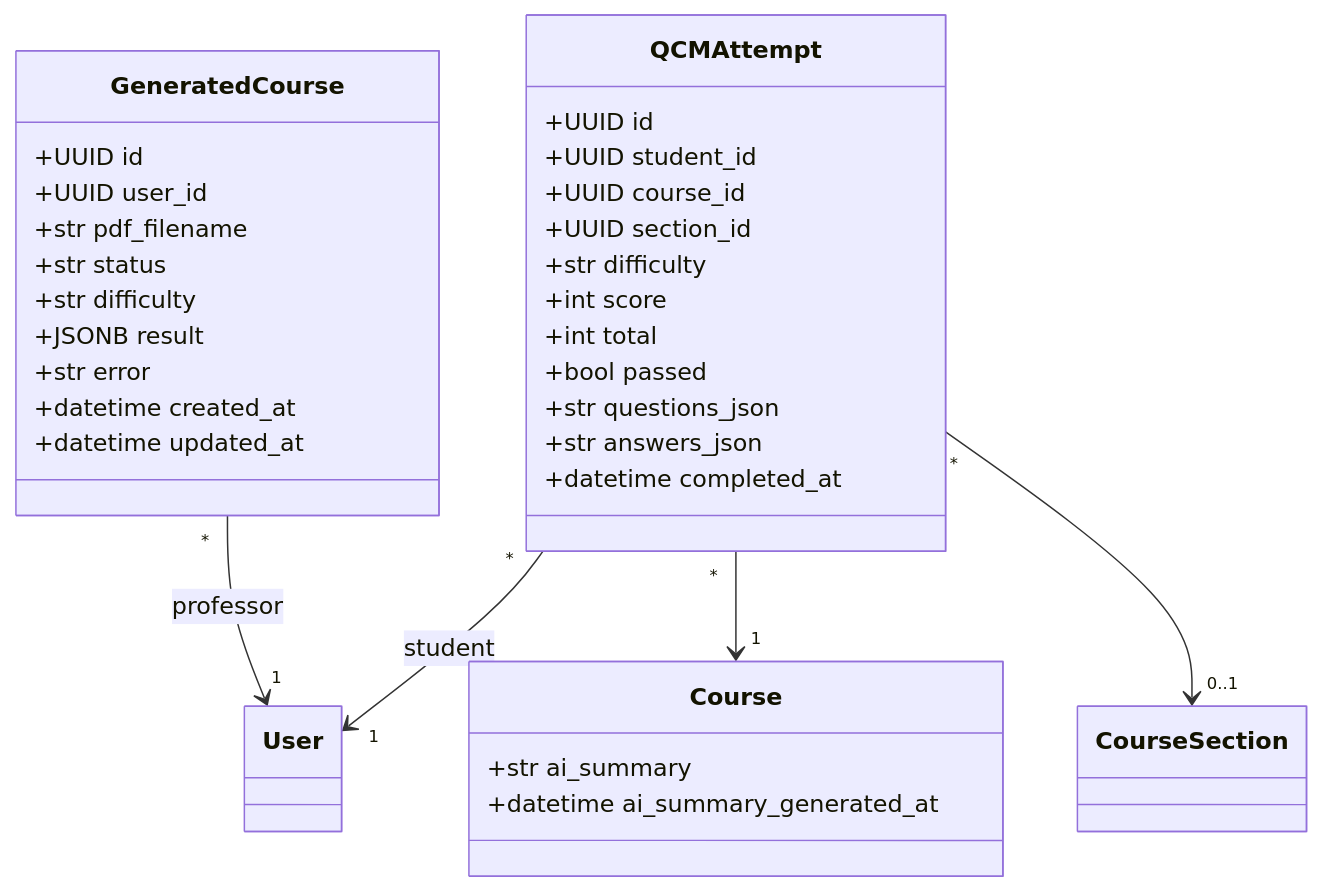
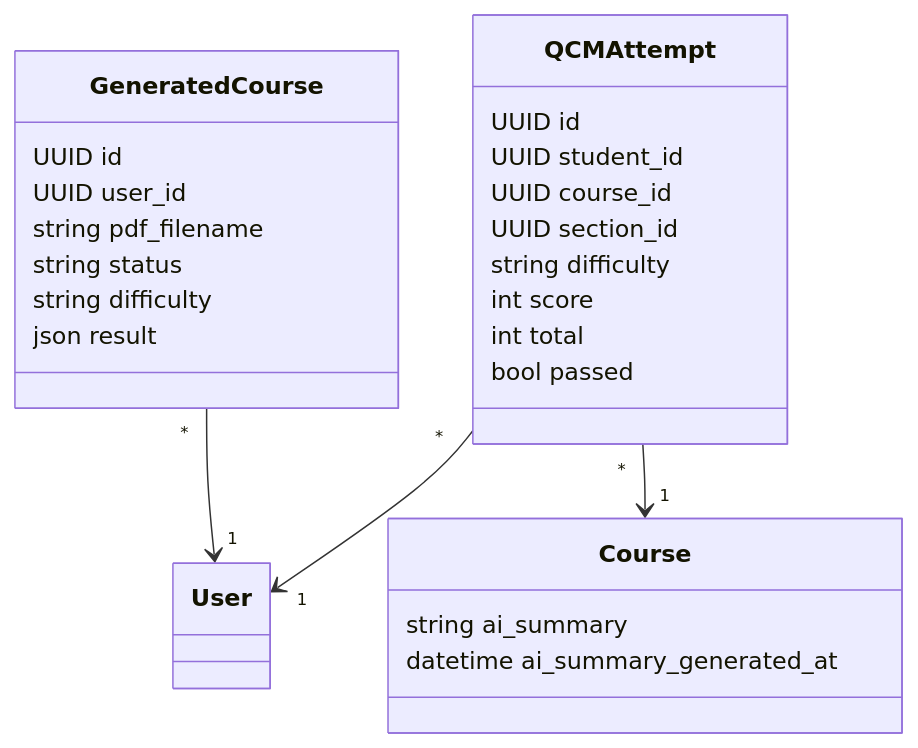
One commit to yazidha09/Hub4Learners changed the second of 4 diagrams in docs/sprints/SPRINT_3.md. Above: the diagram before and after it, drawn with Mermaid. The commit also changed other lines of this file and 14 other files, not shown here.

````diff
--- a/docs/sprints/SPRINT_3.md
+++ b/docs/sprints/SPRINT_3.md
@@ -73,38 +60,31 @@
 ```mermaid
 classDiagram
     class GeneratedCourse {
-        +UUID id
-        +UUID user_id
-        +str pdf_filename
-        +str status
-        +str difficulty
-        +JSONB result
-        +str error
-        +datetime created_at
-        +datetime updated_at
+        UUID id
+        UUID user_id
+        string pdf_filename
+        string status
+        string difficulty
+        json result
     }
 
     class QCMAttempt {
-        +UUID id
-        +UUID student_id
-        +UUID course_id
-        +UUID section_id
-        +str difficulty
-        +int score
-        +int total
-        +bool passed
-        +str questions_json
-        +str answers_json
-        +datetime completed_at
+        UUID id
+        UUID student_id
+        UUID course_id
+        UUID section_id
+        string difficulty
+        int score
+        int total
+        bool passed
     }
 
     class Course {
-        +str ai_summary
-        +datetime ai_summary_generated_at
+        string ai_summary
+        datetime ai_summary_generated_at
     }
 
-    GeneratedCourse "*" --> "1" User : professor
-    QCMAttempt "*" --> "1" User : student
+    GeneratedCourse "*" --> "1" User
+    QCMAttempt "*" --> "1" User
     QCMAttempt "*" --> "1" Course
-    QCMAttempt "*" --> "0..1" CourseSection
 ```
````
